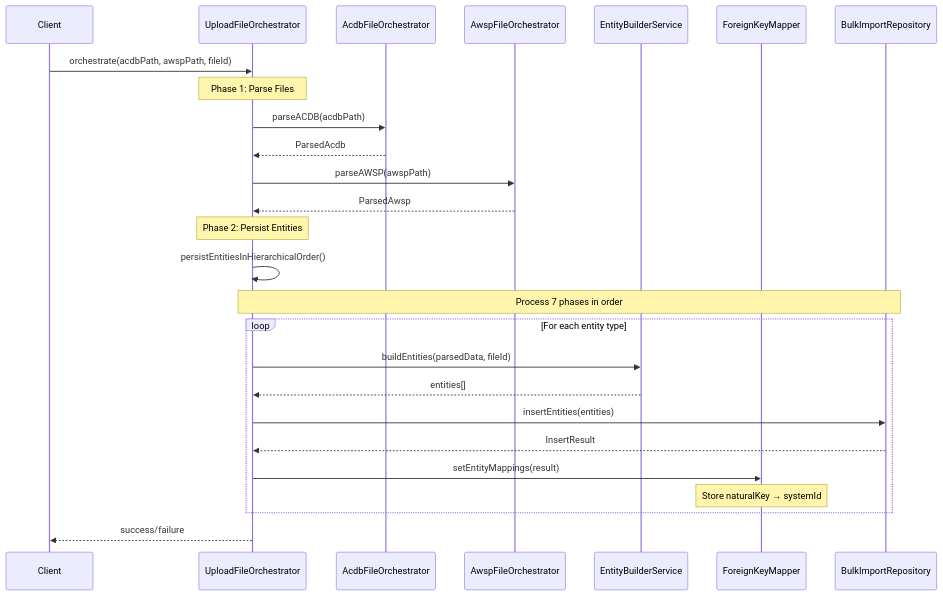
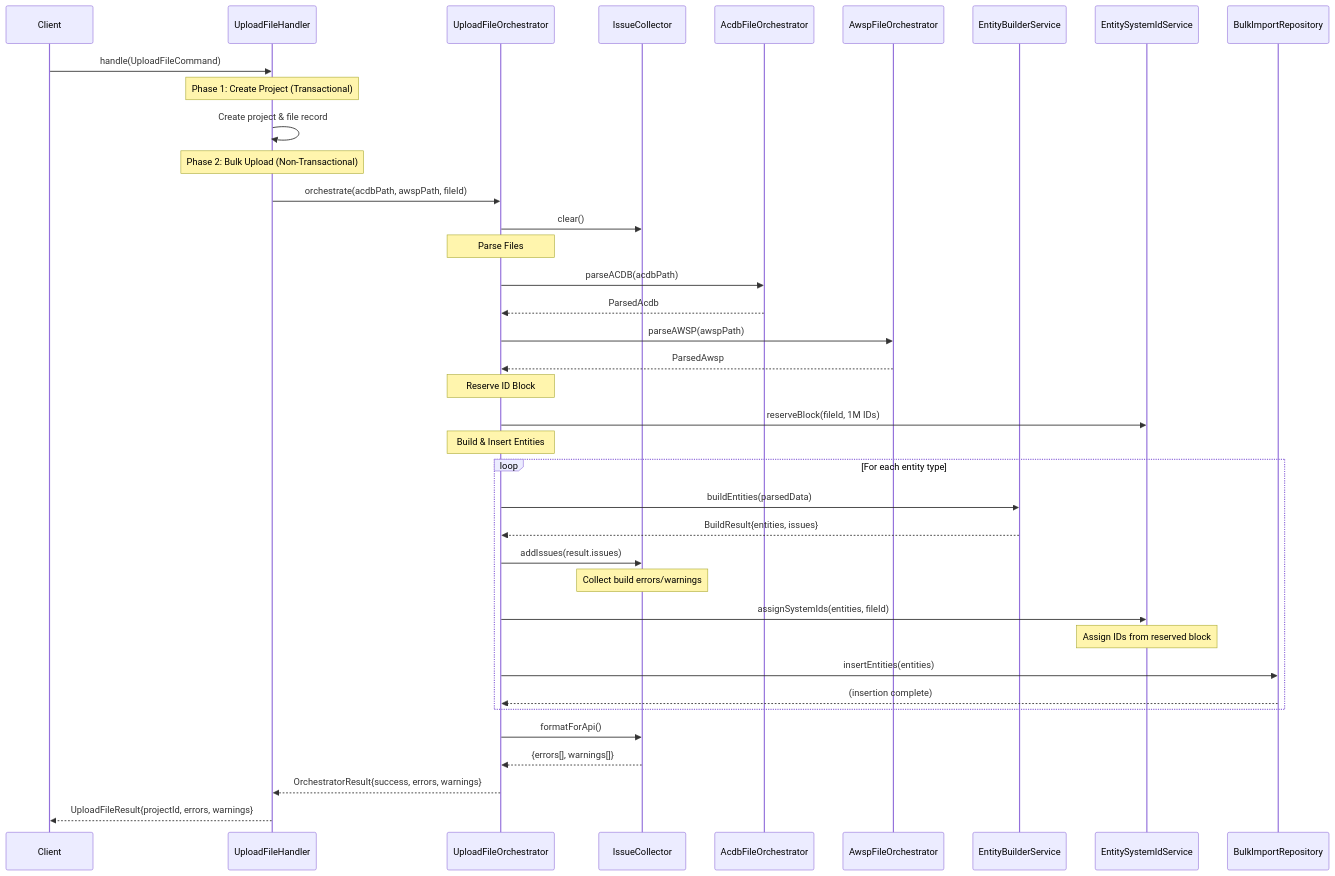
One commit to AudioReach/audioreach-creator-backend changed the third of 9 diagrams in docs/upload-file-design.md. Above: the diagram before and after it, drawn with Mermaid. The commit also changed other lines of this file and 78 other files, not shown here.

First line of the commit message:
refactor: generate systemIds in core instead of the database

````diff
--- a/docs/upload-file-design.md
+++ b/docs/upload-file-design.md
@@ -339,36 +374,54 @@
 ```mermaid
 sequenceDiagram
     participant Client
+    participant Handler as UploadFileHandler
     participant UFO as UploadFileOrchestrator
+    participant IC as IssueCollector
     participant ACDB as AcdbFileOrchestrator
     participant AWSP as AwspFileOrchestrator
     participant EBS as EntityBuilderService
-    participant FKM as ForeignKeyMapper
+    participant EISID as EntitySystemIdService
     participant BIR as BulkImportRepository
 
-    Client->>UFO: orchestrate(acdbPath, awspPath, fileId)
+    Client->>Handler: handle(UploadFileCommand)
 
-    Note over UFO: Phase 1: Parse Files
+    Note over Handler: Phase 1: Create Project (Transactional)
+    Handler->>Handler: Create project & file record
+
+    Note over Handler: Phase 2: Bulk Upload (Non-Transactional)
+    Handler->>UFO: orchestrate(acdbPath, awspPath, fileId)
+
+    UFO->>IC: clear()
+
+    Note over UFO: Parse Files
     UFO->>ACDB: parseACDB(acdbPath)
     ACDB-->>UFO: ParsedAcdb
 
     UFO->>AWSP: parseAWSP(awspPath)
     AWSP-->>UFO: ParsedAwsp
 
-    Note over UFO: Phase 2: Persist Entities
-    UFO->>UFO: persistEntitiesInHierarchicalOrder()
+    Note over UFO: Reserve ID Block
+    UFO->>EISID: reserveBlock(fileId, 1M IDs)
 
-    Note over UFO,BIR: Process 7 phases in order
+    Note over UFO: Build & Insert Entities
     loop For each entity type
-        UFO->>EBS: buildEntities(parsedData, fileId)
-        EBS-->>UFO: entities[]
+        UFO->>EBS: buildEntities(parsedData)
+        EBS-->>UFO: BuildResult{entities, issues}
+
+        UFO->>IC: addIssues(result.issues)
+        Note over IC: Collect build errors/warnings
+
+        UFO->>EISID: assignSystemIds(entities, fileId)
+        Note over EISID: Assign IDs from reserved block
 
         UFO->>BIR: insertEntities(entities)
-        BIR-->>UFO: InsertResult
-
-        UFO->>FKM: setEntityMappings(result)
-        Note over FKM: Store naturalKey → systemId
+        BIR-->>UFO: (insertion complete)
     end
 
-    UFO-->>Client: success/failure
+    UFO->>IC: formatForApi()
+    IC-->>UFO: {errors[], warnings[]}
+
+    UFO-->>Handler: OrchestratorResult{success, errors, warnings}
+
+    Handler-->>Client: UploadFileResult{projectId, errors, warnings}
 ```
````
